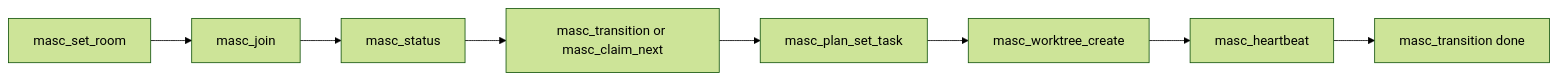
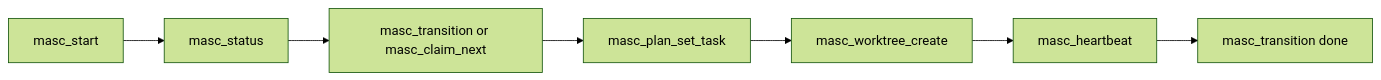
One commit to jeong-sik/masc changed the second of 5 diagrams in docs/MCP-SURFACE-AUDIT.md. Above: the diagram before and after it, drawn with Mermaid (forest theme). The commit also changed other lines of this file and 9 other files, not shown here.

````diff
--- a/docs/MCP-SURFACE-AUDIT.md
+++ b/docs/MCP-SURFACE-AUDIT.md
@@ -83,10 +83,9 @@
 ```mermaid
 flowchart LR
-  SetRoom[masc_set_room] --> Join[masc_join]
-  Join --> Status[masc_status]
+  Start[masc_start] --> Status[masc_status]
   Status --> Claim[masc_transition or masc_claim_next]
   Claim --> Plan[masc_plan_set_task]
   Plan --> Worktree[masc_worktree_create]
   Worktree --> Heartbeat[masc_heartbeat]
   Heartbeat --> Done[masc_transition done]
 ```
````
